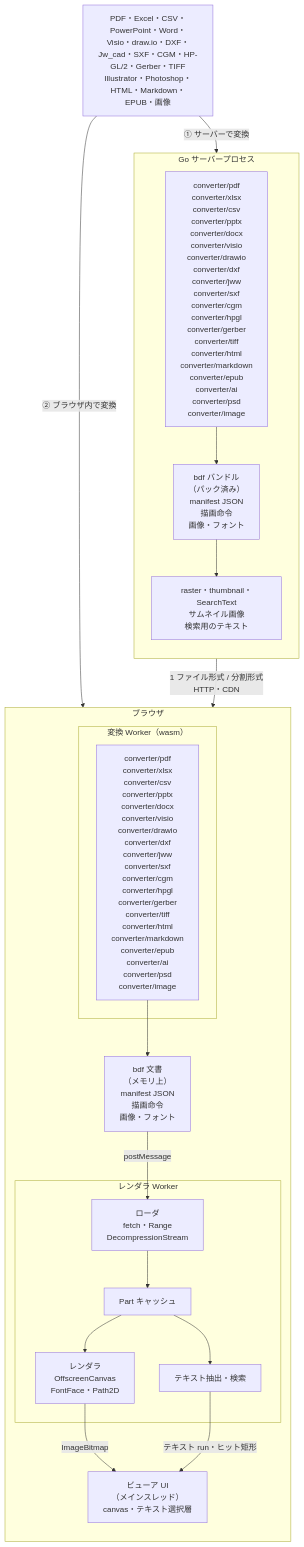
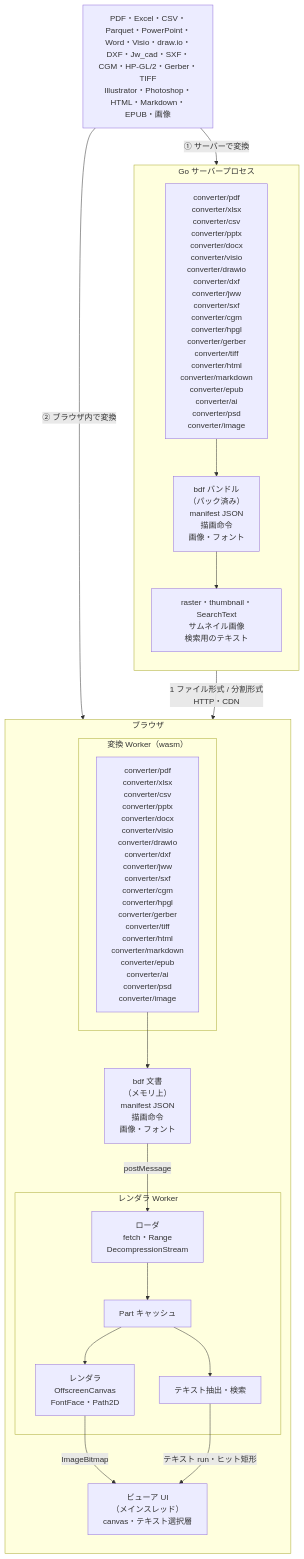
Before and after one commit to shibukawa/bdf: the diagram in README.ja.md, drawn with Mermaid. The commit also changed other lines of this file and 61 other files, not shown here.

````diff
--- a/README.ja.md
+++ b/README.ja.md
@@ -20,39 +20,39 @@
 ```mermaid
 flowchart TB
-    SRC["PDF・Excel・CSV・PowerPoint・Word・Visio・draw.io・DXF・Jw_cad・SXF・CGM・HP-GL/2・Gerber・TIFF<br/>Illustrator・Photoshop・HTML・Markdown・EPUB・画像"]
+    SRC["PDF・Excel・CSV・Parquet・PowerPoint・Word・Visio・draw.io・DXF・Jw_cad・SXF・CGM・HP-GL/2・Gerber・TIFF<br/>Illustrator・Photoshop・HTML・Markdown・EPUB・画像"]
 
     subgraph SERVER["Go サーバープロセス"]
         direction TB
         SCONV["converter/pdf<br/>converter/xlsx<br/>converter/csv<br/>converter/pptx<br/>converter/docx<br/>converter/visio<br/>converter/drawio<br/>converter/dxf<br/>converter/jww<br/>converter/sxf<br/>converter/cgm<br/>converter/hpgl<br/>converter/gerber<br/>converter/tiff<br/>converter/html<br/>converter/markdown<br/>converter/epub<br/>converter/ai<br/>converter/psd<br/>converter/image"]
         BUNDLE["bdf バンドル<br/>（パック済み）<br/>manifest JSON<br/>描画命令<br/>画像・フォント"]
         PREVIEW["raster・thumbnail・SearchText<br/>サムネイル画像<br/>検索用のテキスト"]
         SCONV --> BUNDLE
         BUNDLE --> PREVIEW
     end
 
     subgraph BROWSER["ブラウザ"]
         direction TB
         subgraph CWORKER["変換 Worker（wasm）"]
             WCONV["converter/pdf<br/>converter/xlsx<br/>converter/csv<br/>converter/pptx<br/>converter/docx<br/>converter/visio<br/>converter/drawio<br/>converter/dxf<br/>converter/jww<br/>converter/sxf<br/>converter/cgm<br/>converter/hpgl<br/>converter/gerber<br/>converter/tiff<br/>converter/html<br/>converter/markdown<br/>converter/epub<br/>converter/ai<br/>converter/psd<br/>converter/image"]
         end
         PARTS["bdf 文書<br/>（メモリ上）<br/>manifest JSON<br/>描画命令<br/>画像・フォント"]
         subgraph RWORKER["レンダラ Worker"]
             LOADER["ローダ<br/>fetch・Range<br/>DecompressionStream"]
             STORE["Part キャッシュ"]
             RENDER["レンダラ<br/>OffscreenCanvas<br/>FontFace・Path2D"]
             TEXT["テキスト抽出・検索"]
             LOADER --> STORE
             STORE --> RENDER
             STORE --> TEXT
         end
         UI["ビューア UI<br/>（メインスレッド）<br/>canvas・テキスト選択層"]
         WCONV --> PARTS
     end
 
     SRC -- "① サーバーで変換" --> SCONV
     SRC -- "② ブラウザ内で変換" --> WCONV
     BUNDLE -- "1 ファイル形式 / 分割形式<br/>HTTP・CDN" --> LOADER
     PARTS -- "postMessage" --> LOADER
     RENDER -- "ImageBitmap" --> UI
     TEXT -- "テキスト run・ヒット矩形" --> UI
 ```
````
